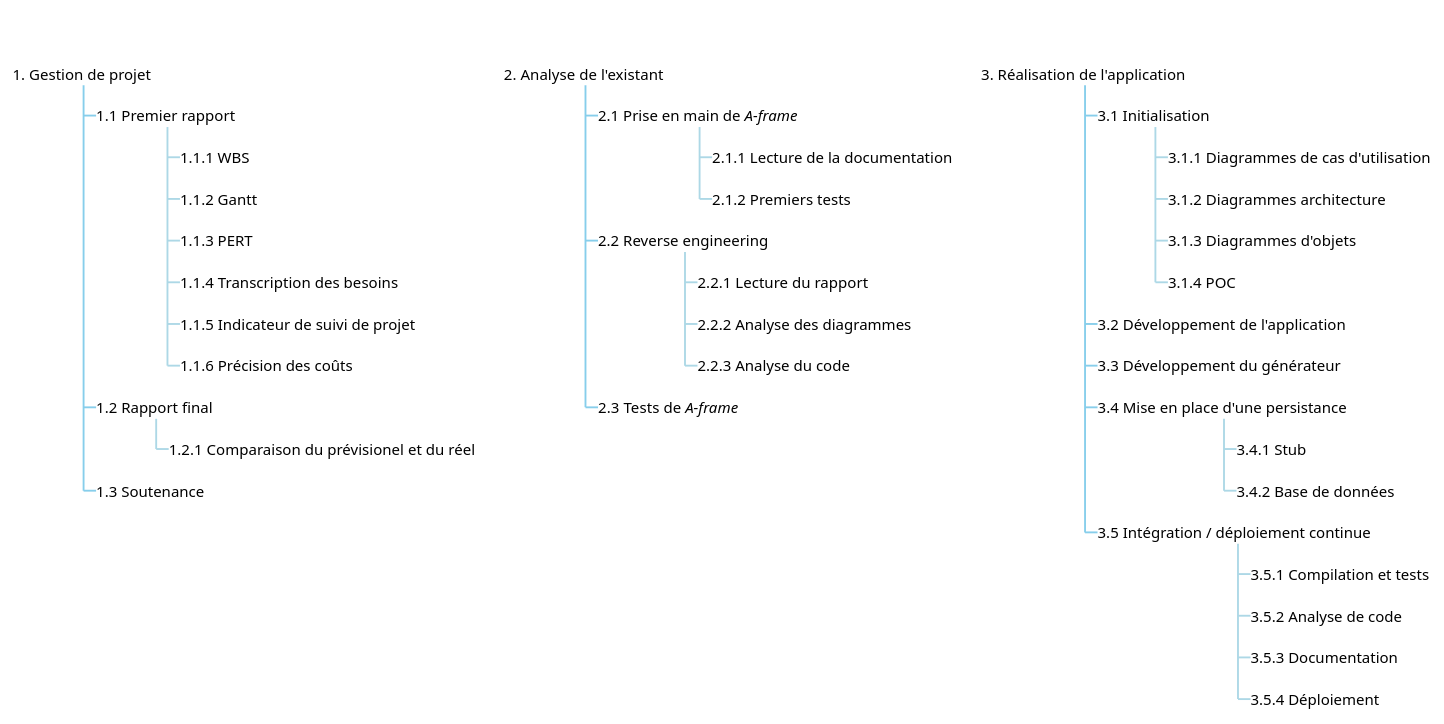
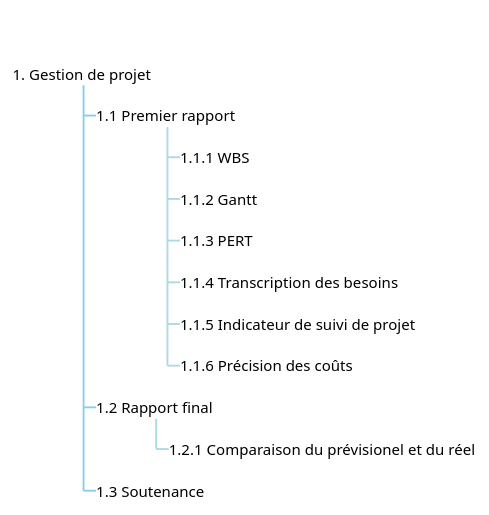
Before and after one commit to axdelafuen/archivr: the first of 3 diagrams in Diagrams/Management/wbs.md, drawn with PlantUML. The commit also changed other lines of this file, not shown here.

````diff
--- a/Diagrams/Management/wbs.md
+++ b/Diagrams/Management/wbs.md
@@ -1,62 +1,35 @@
 ```plantuml
 @startwbs
 
 <style>
 wbsDiagram {
   arrow {
     LineColor SkyBlue
   }
   :depth(0) {
       LineColor transparent
       FontColor transparent
   }
   arrow {
     :depth(2) {
       LineColor lightblue
     }
   } 
 }
 </style>
 *_ wbs
 **_ 1. Gestion de projet
 ***_ 1.1 Premier rapport
 ****_ 1.1.1 WBS
 ****_ 1.1.2 Gantt
 ****_ 1.1.3 PERT
 ****_ 1.1.4 Transcription des besoins
 ****_ 1.1.5 Indicateur de suivi de projet 
 ****_ 1.1.6 Précision des coûts
 ***_ 1.2 Rapport final
 ****_ 1.2.1 Comparaison du prévisionel et du réel
 ***_ 1.3 Soutenance
 
-**_ 2. Analyse de l'existant
-***_ 2.1 Prise en main de //A-frame//
-****_ 2.1.1 Lecture de la documentation
-****_ 2.1.2 Premiers tests
-***_ 2.2 Reverse engineering
-****_ 2.2.1 Lecture du rapport
-****_ 2.2.2 Analyse des diagrammes
-****_ 2.2.3 Analyse du code
-***_ 2.3 Tests de //A-frame//
-
-**_ 3. Réalisation de l'application
-***_ 3.1 Initialisation
-****_ 3.1.1 Diagrammes de cas d'utilisation
-****_ 3.1.2 Diagrammes architecture
-****_ 3.1.3 Diagrammes d'objets
-****_ 3.1.4 POC
-***_ 3.2 Développement de l'application
-***_ 3.3 Développement du générateur
-***_ 3.4 Mise en place d'une persistance
-****_ 3.4.1 Stub
-****_ 3.4.2 Base de données
-***_ 3.5 Intégration / déploiement continue 
-****_ 3.5.1 Compilation et tests
-****_ 3.5.2 Analyse de code
-****_ 3.5.3 Documentation
-****_ 3.5.4 Déploiement
-
 @endwbs
 
 ```
````
